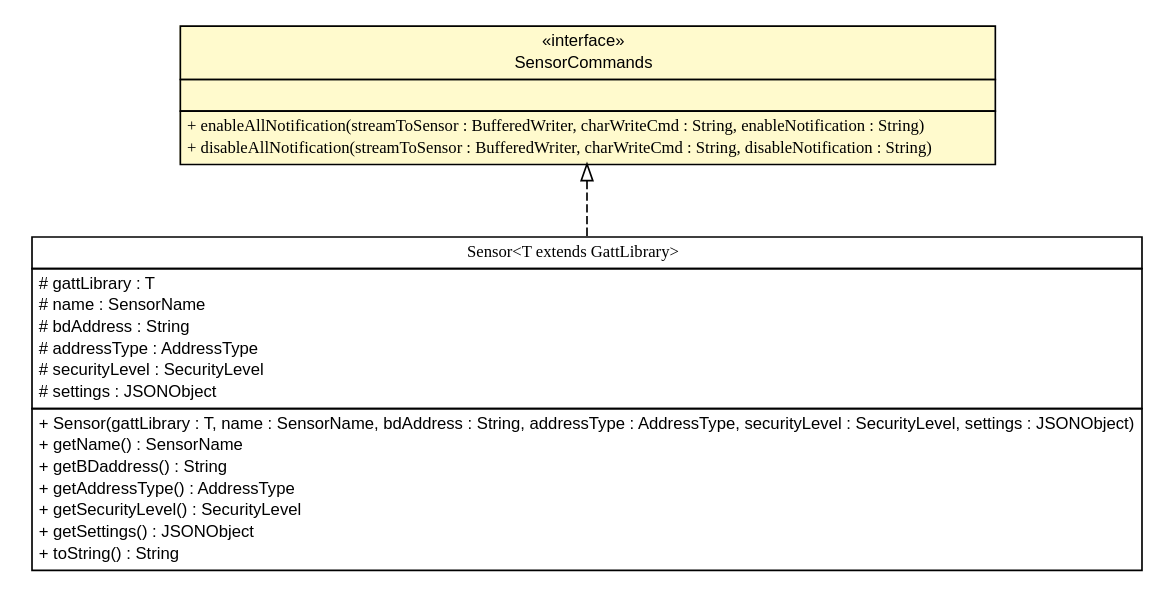
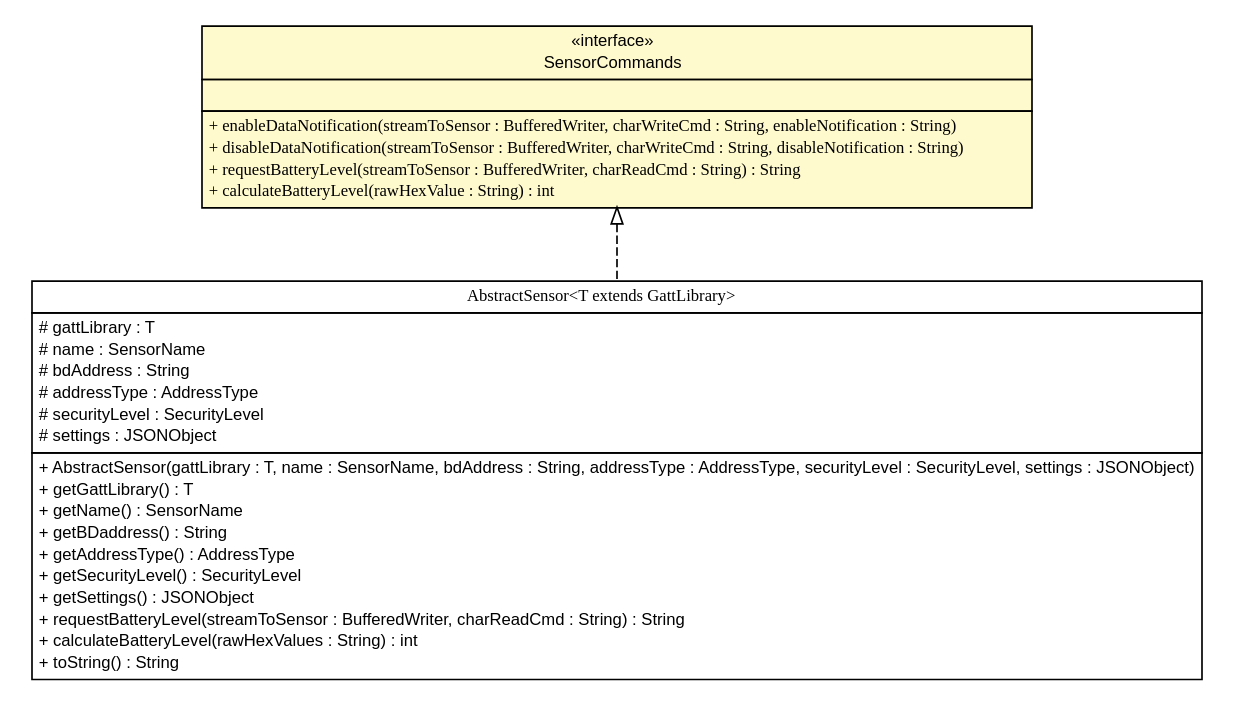
Before and after one commit to linksmart/sensor-platform: the diagram in Resources/Documentation/Sensorplatform/SensorplatformSensor/apidocs/de/fhg/fit/biomos/sensorplatform/sensor/SensorCommands.dot, drawn with Graphviz. The commit also changed 1577 other files, not shown here.

```diff
--- a/Resources/Documentation/Sensorplatform/SensorplatformSensor/apidocs/de/fhg/fit/biomos/sensorplatform/sensor/SensorCommands.dot
+++ b/Resources/Documentation/Sensorplatform/SensorplatformSensor/apidocs/de/fhg/fit/biomos/sensorplatform/sensor/SensorCommands.dot
@@ -1,51 +1,56 @@
 #!/usr/local/bin/dot
 #
 # Class diagram 
 # Generated by UMLGraph version R5_6 (http://www.umlgraph.org/)
 #
 
 digraph G {
 	edge [fontname="arial",fontsize=10,labelfontname="arial",labelfontsize=10];
 	node [fontname="arial",fontsize=10,shape=plaintext];
 	nodesep=0.25;
 	ranksep=0.5;
 	// de.fhg.fit.biomos.sensorplatform.sensor.SensorCommands
 	c246 [label=<<table title="de.fhg.fit.biomos.sensorplatform.sensor.SensorCommands" border="0" cellborder="1" cellspacing="0" cellpadding="2" port="p" bgcolor="lemonChiffon" href="./SensorCommands.html">
 		<tr><td><table border="0" cellspacing="0" cellpadding="1">
 <tr><td align="center" balign="center"> &#171;interface&#187; </td></tr>
 <tr><td align="center" balign="center"> SensorCommands </td></tr>
 		</table></td></tr>
 		<tr><td><table border="0" cellspacing="0" cellpadding="1">
 <tr><td align="left" balign="left">  </td></tr>
 		</table></td></tr>
 		<tr><td><table border="0" cellspacing="0" cellpadding="1">
-<tr><td align="left" balign="left"><font face="arial italic" point-size="10.0"> + enableAllNotification(streamToSensor : BufferedWriter, charWriteCmd : String, enableNotification : String) </font></td></tr>
-<tr><td align="left" balign="left"><font face="arial italic" point-size="10.0"> + disableAllNotification(streamToSensor : BufferedWriter, charWriteCmd : String, disableNotification : String) </font></td></tr>
+<tr><td align="left" balign="left"><font face="arial italic" point-size="10.0"> + enableDataNotification(streamToSensor : BufferedWriter, charWriteCmd : String, enableNotification : String) </font></td></tr>
+<tr><td align="left" balign="left"><font face="arial italic" point-size="10.0"> + disableDataNotification(streamToSensor : BufferedWriter, charWriteCmd : String, disableNotification : String) </font></td></tr>
+<tr><td align="left" balign="left"><font face="arial italic" point-size="10.0"> + requestBatteryLevel(streamToSensor : BufferedWriter, charReadCmd : String) : String </font></td></tr>
+<tr><td align="left" balign="left"><font face="arial italic" point-size="10.0"> + calculateBatteryLevel(rawHexValue : String) : int </font></td></tr>
 		</table></td></tr>
 		</table>>, URL="./SensorCommands.html", fontname="arial", fontcolor="black", fontsize=10.0];
-	// de.fhg.fit.biomos.sensorplatform.sensor.Sensor<T extends de.fhg.fit.biomos.sensorplatform.gatt.GattLibrary>
-	c247 [label=<<table title="de.fhg.fit.biomos.sensorplatform.sensor.Sensor" border="0" cellborder="1" cellspacing="0" cellpadding="2" port="p" href="./Sensor.html">
+	// de.fhg.fit.biomos.sensorplatform.sensor.AbstractSensor<T extends de.fhg.fit.biomos.sensorplatform.gatt.GattLibrary>
+	c249 [label=<<table title="de.fhg.fit.biomos.sensorplatform.sensor.AbstractSensor" border="0" cellborder="1" cellspacing="0" cellpadding="2" port="p" href="./AbstractSensor.html">
 		<tr><td><table border="0" cellspacing="0" cellpadding="1">
-<tr><td align="center" balign="center"><font face="arial italic"> Sensor&lt;T extends GattLibrary&gt; </font></td></tr>
+<tr><td align="center" balign="center"><font face="arial italic"> AbstractSensor&lt;T extends GattLibrary&gt; </font></td></tr>
 		</table></td></tr>
 		<tr><td><table border="0" cellspacing="0" cellpadding="1">
 <tr><td align="left" balign="left"> # gattLibrary : T </td></tr>
 <tr><td align="left" balign="left"> # name : SensorName </td></tr>
 <tr><td align="left" balign="left"> # bdAddress : String </td></tr>
 <tr><td align="left" balign="left"> # addressType : AddressType </td></tr>
 <tr><td align="left" balign="left"> # securityLevel : SecurityLevel </td></tr>
 <tr><td align="left" balign="left"> # settings : JSONObject </td></tr>
 		</table></td></tr>
 		<tr><td><table border="0" cellspacing="0" cellpadding="1">
-<tr><td align="left" balign="left"> + Sensor(gattLibrary : T, name : SensorName, bdAddress : String, addressType : AddressType, securityLevel : SecurityLevel, settings : JSONObject) </td></tr>
+<tr><td align="left" balign="left"> + AbstractSensor(gattLibrary : T, name : SensorName, bdAddress : String, addressType : AddressType, securityLevel : SecurityLevel, settings : JSONObject) </td></tr>
+<tr><td align="left" balign="left"> + getGattLibrary() : T </td></tr>
 <tr><td align="left" balign="left"> + getName() : SensorName </td></tr>
 <tr><td align="left" balign="left"> + getBDaddress() : String </td></tr>
 <tr><td align="left" balign="left"> + getAddressType() : AddressType </td></tr>
 <tr><td align="left" balign="left"> + getSecurityLevel() : SecurityLevel </td></tr>
 <tr><td align="left" balign="left"> + getSettings() : JSONObject </td></tr>
+<tr><td align="left" balign="left"> + requestBatteryLevel(streamToSensor : BufferedWriter, charReadCmd : String) : String </td></tr>
+<tr><td align="left" balign="left"> + calculateBatteryLevel(rawHexValues : String) : int </td></tr>
 <tr><td align="left" balign="left"> + toString() : String </td></tr>
 		</table></td></tr>
-		</table>>, URL="./Sensor.html", fontname="arial", fontcolor="black", fontsize=10.0];
-	//de.fhg.fit.biomos.sensorplatform.sensor.Sensor<T extends de.fhg.fit.biomos.sensorplatform.gatt.GattLibrary> implements de.fhg.fit.biomos.sensorplatform.sensor.SensorCommands
-	c246:p -> c247:p [dir=back,arrowtail=empty,style=dashed];
+		</table>>, URL="./AbstractSensor.html", fontname="arial", fontcolor="black", fontsize=10.0];
+	//de.fhg.fit.biomos.sensorplatform.sensor.AbstractSensor<T extends de.fhg.fit.biomos.sensorplatform.gatt.GattLibrary> implements de.fhg.fit.biomos.sensorplatform.sensor.SensorCommands
+	c246:p -> c249:p [dir=back,arrowtail=empty,style=dashed];
 }
```
